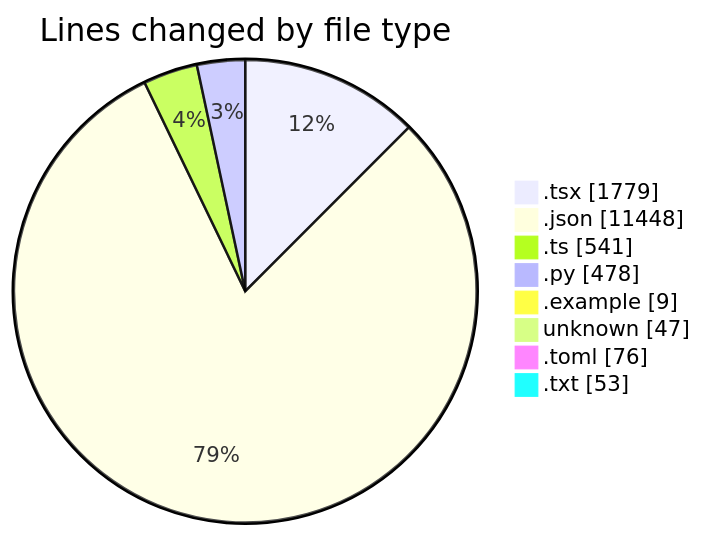
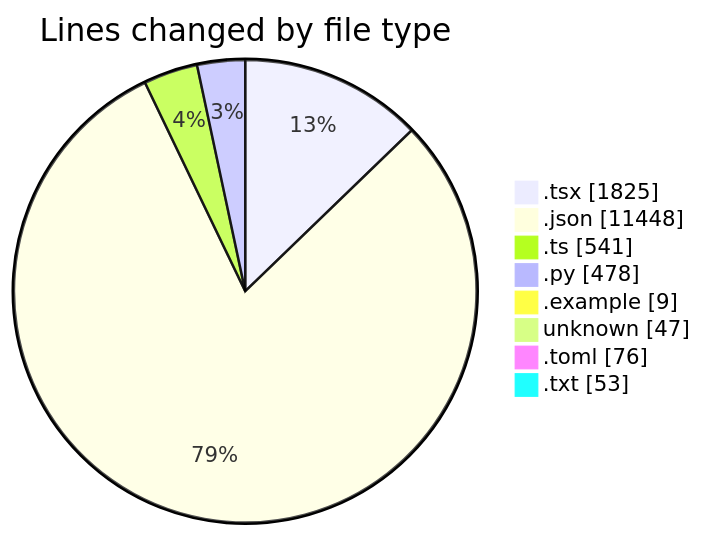
Before and after one commit to Elitesun/code-tracking: the first of 2 diagrams in 2025-04-30/niten/README.md, drawn with Mermaid. The commit also changed other lines of this file and 1 other file, not shown here.

````diff
--- a/2025-04-30/niten/README.md
+++ b/2025-04-30/niten/README.md
@@ -67,12 +67,12 @@
 ```mermaid
 pie showData
 title Lines changed by file type
-".tsx" : 1779
+".tsx" : 1825
 ".json" : 11448
 ".ts" : 541
 ".py" : 478
 ".example" : 9
 "unknown" : 47
 ".toml" : 76
 ".txt" : 53
 ```
````
